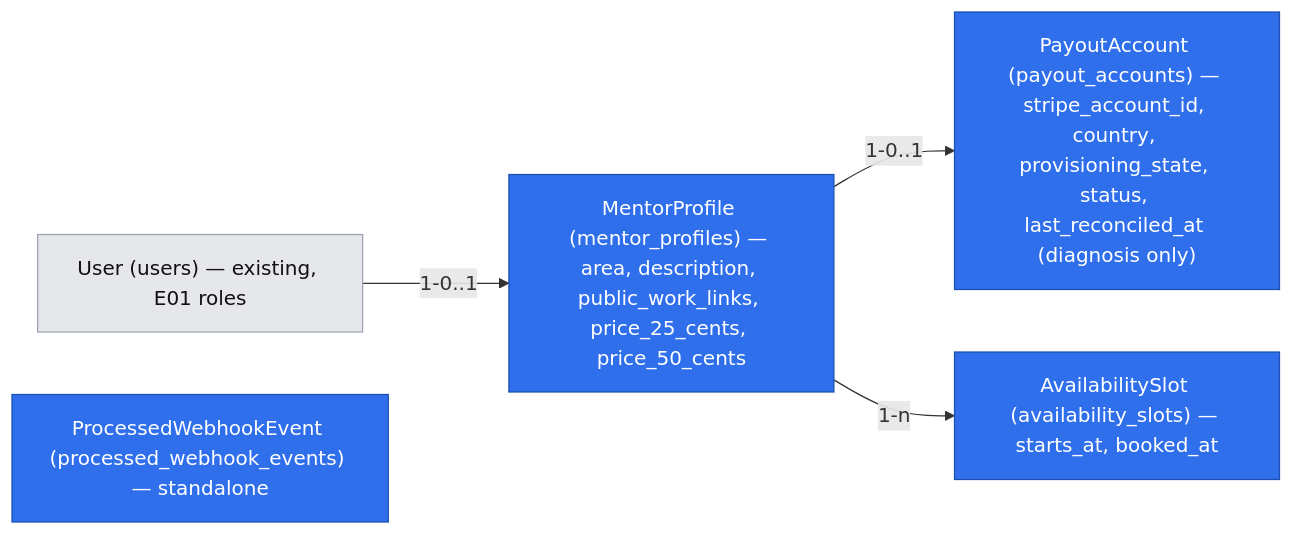
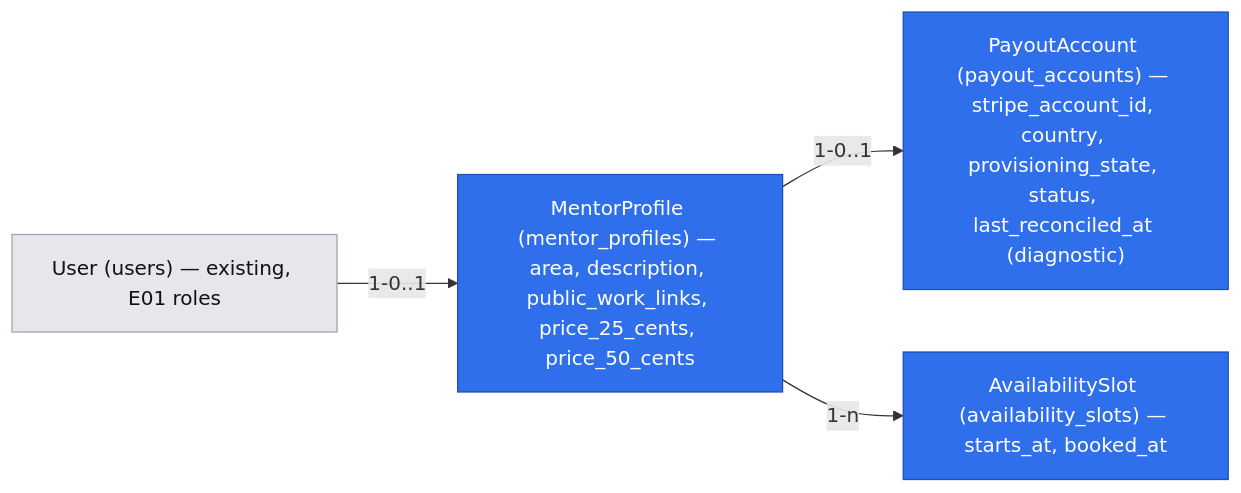
The second of 2 diagrams in .ai/specs/2026-10-18-mentor-setup.md (rafsaw/ai_techleaders), drawn with Mermaid before and after one commit. The commit also changed other lines of this file and 3 other files, not shown here.

````diff
--- a/.ai/specs/2026-10-18-mentor-setup.md
+++ b/.ai/specs/2026-10-18-mentor-setup.md
@@ -375,15 +378,14 @@
 ```mermaid
 flowchart LR
     classDef newEntity fill:#2f6feb,color:#fff,stroke:#1b4fb0
     classDef existingEntity fill:#e5e7eb,color:#111,stroke:#9ca3af
 
     entity_1["User (users) — existing, E01 roles"]:::existingEntity
     entity_2["MentorProfile (mentor_profiles) — area, description, public_work_links, price_25_cents, price_50_cents"]:::newEntity
-    entity_3["PayoutAccount (payout_accounts) — stripe_account_id, country, provisioning_state, status, last_reconciled_at (diagnosis only)"]:::newEntity
+    entity_3["PayoutAccount (payout_accounts) — stripe_account_id, country, provisioning_state, status, last_reconciled_at (diagnostic)"]:::newEntity
     entity_4["AvailabilitySlot (availability_slots) — starts_at, booked_at"]:::newEntity
-    entity_5["ProcessedWebhookEvent (processed_webhook_events) — standalone"]:::newEntity
 
     entity_1 -->|"1-0..1"| entity_2
     entity_2 -->|"1-0..1"| entity_3
     entity_2 -->|"1-n"| entity_4
 ```
````
